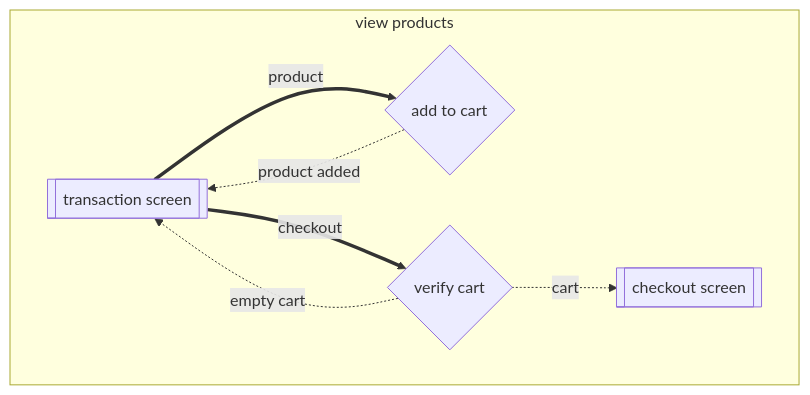
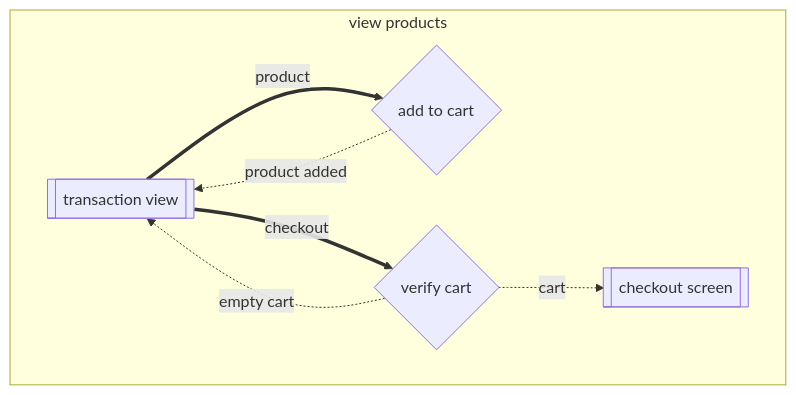
One commit to NarekVeranyan05/point_of_sale changed the second of 3 diagrams in flows.md. Above: the diagram before and after it, drawn with Mermaid. The commit also changed other lines of this file and 8 other files, not shown here.

````diff
--- a/flows.md
+++ b/flows.md
@@ -13,18 +36,18 @@
 ```mermaid
 flowchart TB
 subgraph view products
-    transaction_screen[[transaction screen]]
+    transaction_view[[transaction view]]
     add_to_cart{add to cart}
     verify_cart{verify cart}
     checkout_screen[[checkout screen]]
 
-    transaction_screen == product ==> add_to_cart
-    transaction_screen == checkout ==> verify_cart
+    transaction_view == product ==> add_to_cart
+    transaction_view == checkout ==> verify_cart
 
-    add_to_cart -. product added .-> transaction_screen
+    add_to_cart -. product added .-> transaction_view
 
-    verify_cart -. empty cart .-> transaction_screen
+    verify_cart -. empty cart .-> transaction_view
     
     verify_cart -. cart .-> checkout_screen
 end
 ```
````
